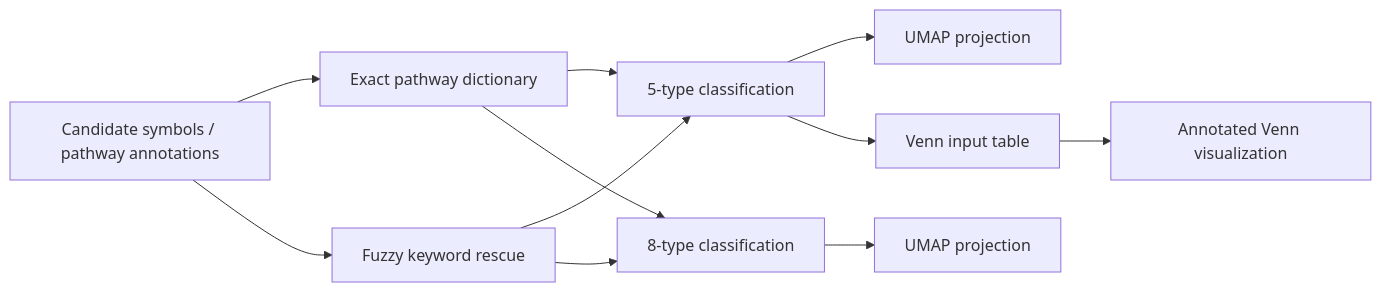
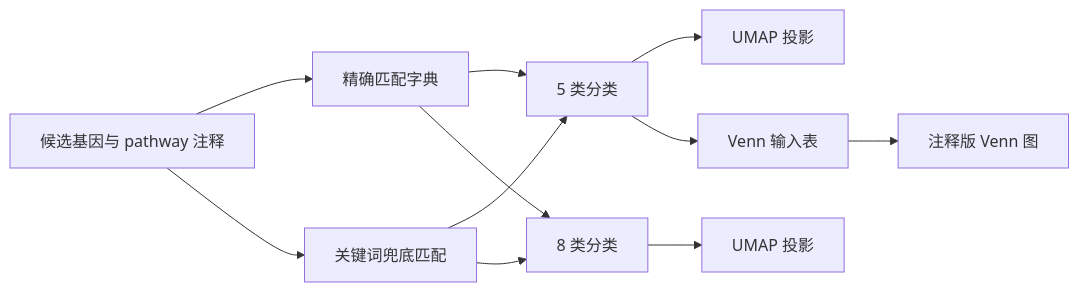
Before and after one commit to gzy2520/Lactylation-Selection: the diagram in README.md, drawn with Mermaid. The commit also changed other lines of this file, not shown here.

````diff
--- a/README.md
+++ b/README.md
@@ -19,13 +19,13 @@
 ```mermaid
 flowchart LR
-    A[Candidate symbols / pathway annotations] --> B[Exact pathway dictionary]
-    A --> C[Fuzzy keyword rescue]
-    B --> D[5-type classification]
+    A["候选基因与 pathway 注释"] --> B["精确匹配字典"]
+    A --> C["关键词兜底匹配"]
+    B --> D["5 类分类"]
     C --> D
-    B --> E[8-type classification]
+    B --> E["8 类分类"]
     C --> E
-    D --> F[UMAP projection]
-    E --> G[UMAP projection]
-    D --> H[Venn input table]
-    H --> I[Annotated Venn visualization]
+    D --> F["UMAP 投影"]
+    E --> G["UMAP 投影"]
+    D --> H["Venn 输入表"]
+    H --> I["注释版 Venn 图"]
 ```
````
